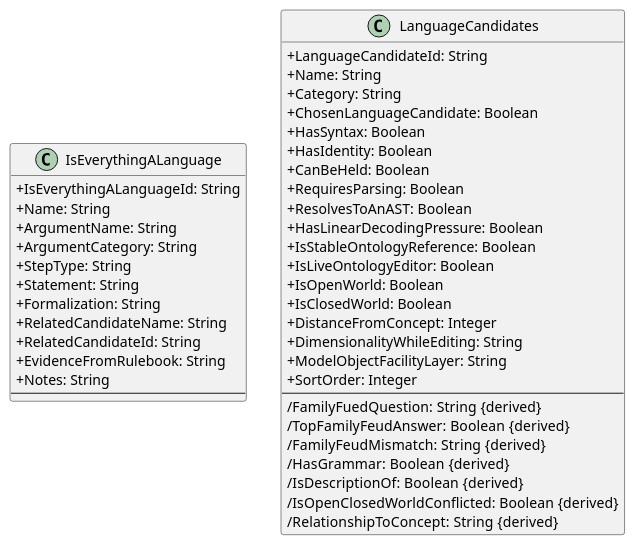
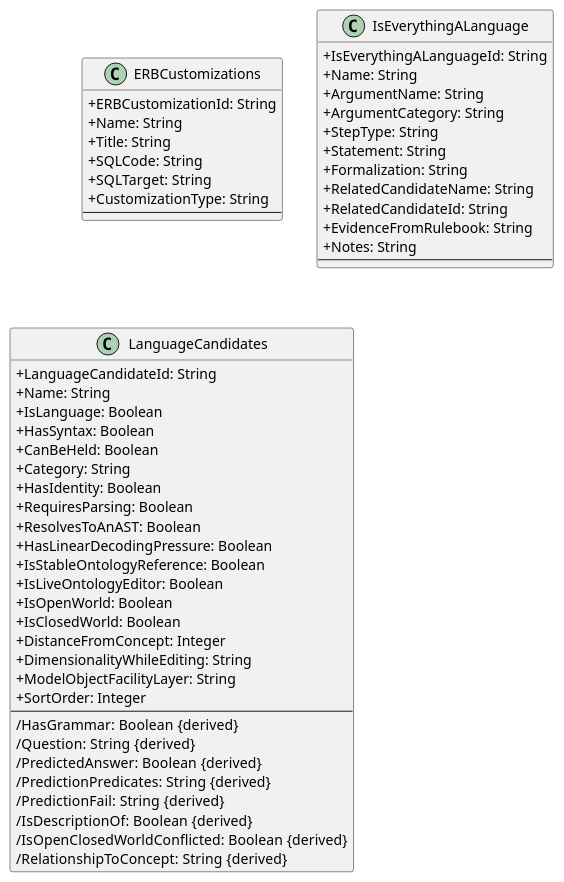
One commit to eejai42/is-everything-really-a-language changed the diagram in execution-substratrates/uml/class-diagram.puml. Above: the diagram before and after it, drawn with PlantUML. The commit also changed 101 other files, not shown here.

```diff
--- a/execution-substratrates/uml/class-diagram.puml
+++ b/execution-substratrates/uml/class-diagram.puml
@@ -1,48 +1,59 @@
 @startuml
 skinparam classAttributeIconSize 0
+
+class ERBCustomizations {
+  +ERBCustomizationId: String
+  +Name: String
+  +Title: String
+  +SQLCode: String
+  +SQLTarget: String
+  +CustomizationType: String
+  --
+}
 
 class IsEverythingALanguage {
   +IsEverythingALanguageId: String
   +Name: String
   +ArgumentName: String
   +ArgumentCategory: String
   +StepType: String
   +Statement: String
   +Formalization: String
   +RelatedCandidateName: String
   +RelatedCandidateId: String
   +EvidenceFromRulebook: String
   +Notes: String
   --
 }
 
 class LanguageCandidates {
   +LanguageCandidateId: String
   +Name: String
+  +IsLanguage: Boolean
+  +HasSyntax: Boolean
+  +CanBeHeld: Boolean
   +Category: String
-  +ChosenLanguageCandidate: Boolean
-  +HasSyntax: Boolean
   +HasIdentity: Boolean
-  +CanBeHeld: Boolean
   +RequiresParsing: Boolean
   +ResolvesToAnAST: Boolean
   +HasLinearDecodingPressure: Boolean
   +IsStableOntologyReference: Boolean
   +IsLiveOntologyEditor: Boolean
   +IsOpenWorld: Boolean
   +IsClosedWorld: Boolean
   +DistanceFromConcept: Integer
   +DimensionalityWhileEditing: String
   +ModelObjectFacilityLayer: String
   +SortOrder: Integer
   --
-  /FamilyFuedQuestion: String  {derived}
-  /TopFamilyFeudAnswer: Boolean  {derived}
-  /FamilyFeudMismatch: String  {derived}
   /HasGrammar: Boolean  {derived}
+  /Question: String  {derived}
+  /PredictedAnswer: Boolean  {derived}
+  /PredictionPredicates: String  {derived}
+  /PredictionFail: String  {derived}
   /IsDescriptionOf: Boolean  {derived}
   /IsOpenClosedWorldConflicted: Boolean  {derived}
   /RelationshipToConcept: String  {derived}
 }
 
 @enduml
```
